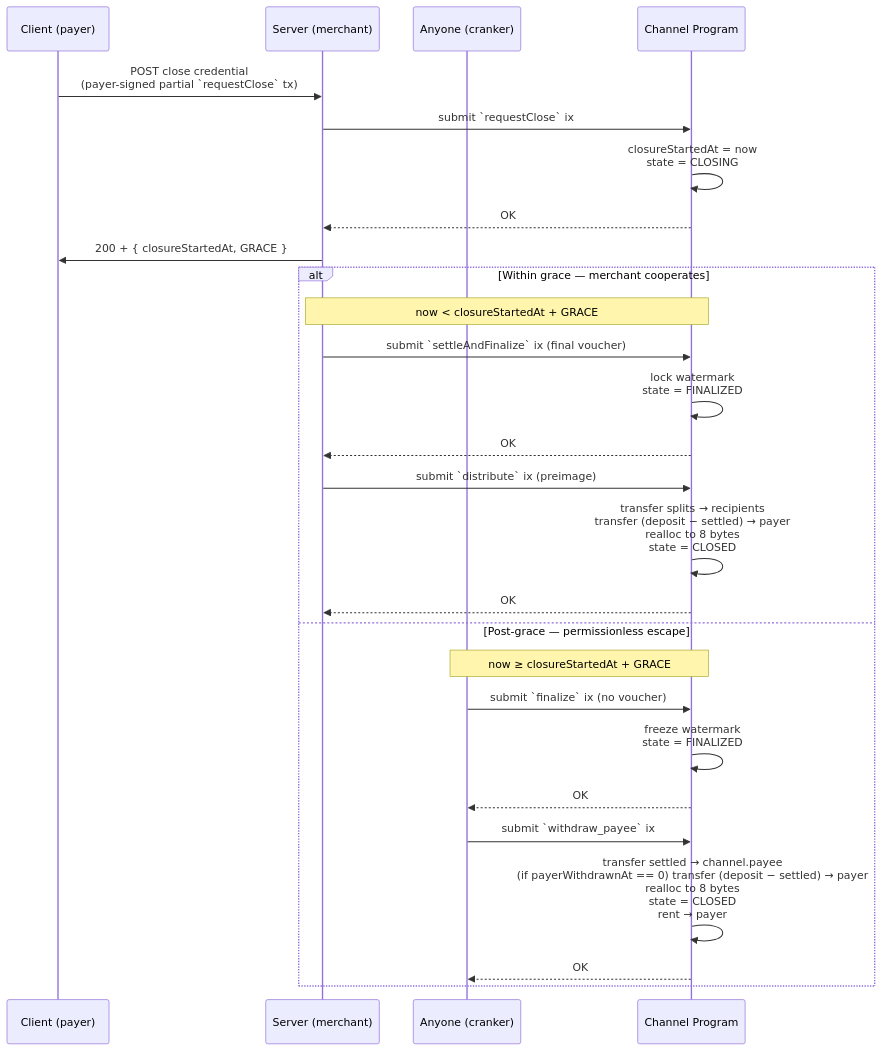
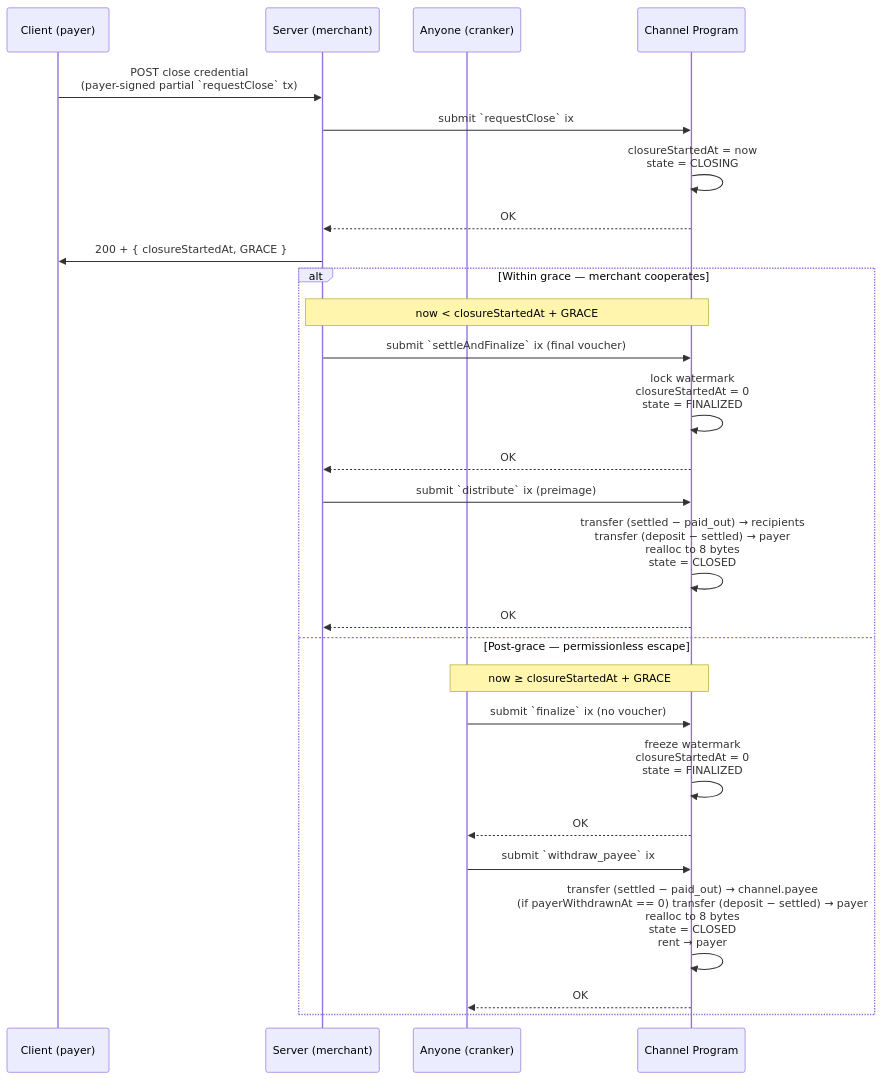
Before and after one commit to solana-foundation/payment-channels: the second of 2 diagrams in docs/002-http-protocol.md, drawn with Mermaid. The commit also changed other lines of this file, not shown here.

````diff
--- a/docs/002-http-protocol.md
+++ b/docs/002-http-protocol.md
@@ -107,33 +112,33 @@
 ```mermaid
 sequenceDiagram
     participant C as Client (payer)
     participant S as Server (merchant)
     participant A as Anyone (cranker)
     participant P as Channel Program
 
     C->>S: POST close credential<br/>(payer-signed partial `requestClose` tx)
     S->>P: submit `requestClose` ix
     P->>P: closureStartedAt = now<br/>state = CLOSING
     P-->>S: OK
     S->>C: 200 + { closureStartedAt, GRACE }
 
     alt Within grace — merchant cooperates
         Note over S,P: now < closureStartedAt + GRACE
         S->>P: submit `settleAndFinalize` ix (final voucher)
-        P->>P: lock watermark<br/>state = FINALIZED
+        P->>P: lock watermark<br/>closureStartedAt = 0<br/>state = FINALIZED
         P-->>S: OK
 
         S->>P: submit `distribute` ix (preimage)
-        P->>P: transfer splits → recipients<br/>transfer (deposit − settled) → payer<br/>realloc to 8 bytes<br/>state = CLOSED
+        P->>P: transfer (settled − paid_out) → recipients<br/>transfer (deposit − settled) → payer<br/>realloc to 8 bytes<br/>state = CLOSED
         P-->>S: OK
     else Post-grace — permissionless escape
         Note over A,P: now ≥ closureStartedAt + GRACE
         A->>P: submit `finalize` ix (no voucher)
-        P->>P: freeze watermark<br/>state = FINALIZED
+        P->>P: freeze watermark<br/>closureStartedAt = 0<br/>state = FINALIZED
         P-->>A: OK
 
         A->>P: submit `withdraw_payee` ix
-        P->>P: transfer settled → channel.payee<br/>(if payerWithdrawnAt == 0) transfer (deposit − settled) → payer<br/>realloc to 8 bytes<br/>state = CLOSED<br/>rent → payer
+        P->>P: transfer (settled − paid_out) → channel.payee<br/>(if payerWithdrawnAt == 0) transfer (deposit − settled) → payer<br/>realloc to 8 bytes<br/>state = CLOSED<br/>rent → payer
         P-->>A: OK
     end
 ```
````
